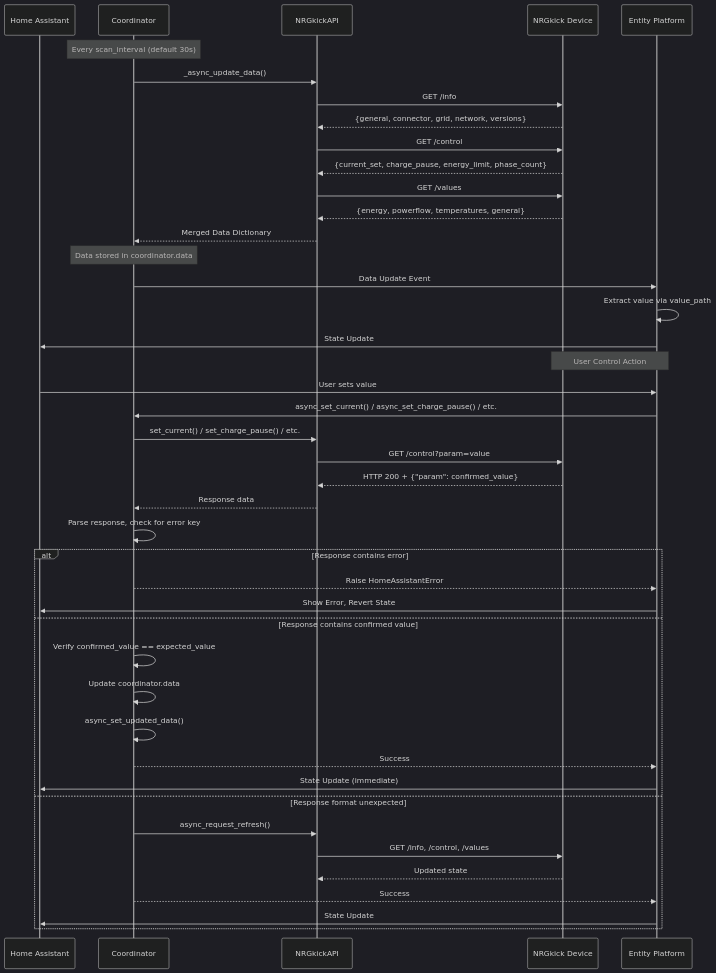
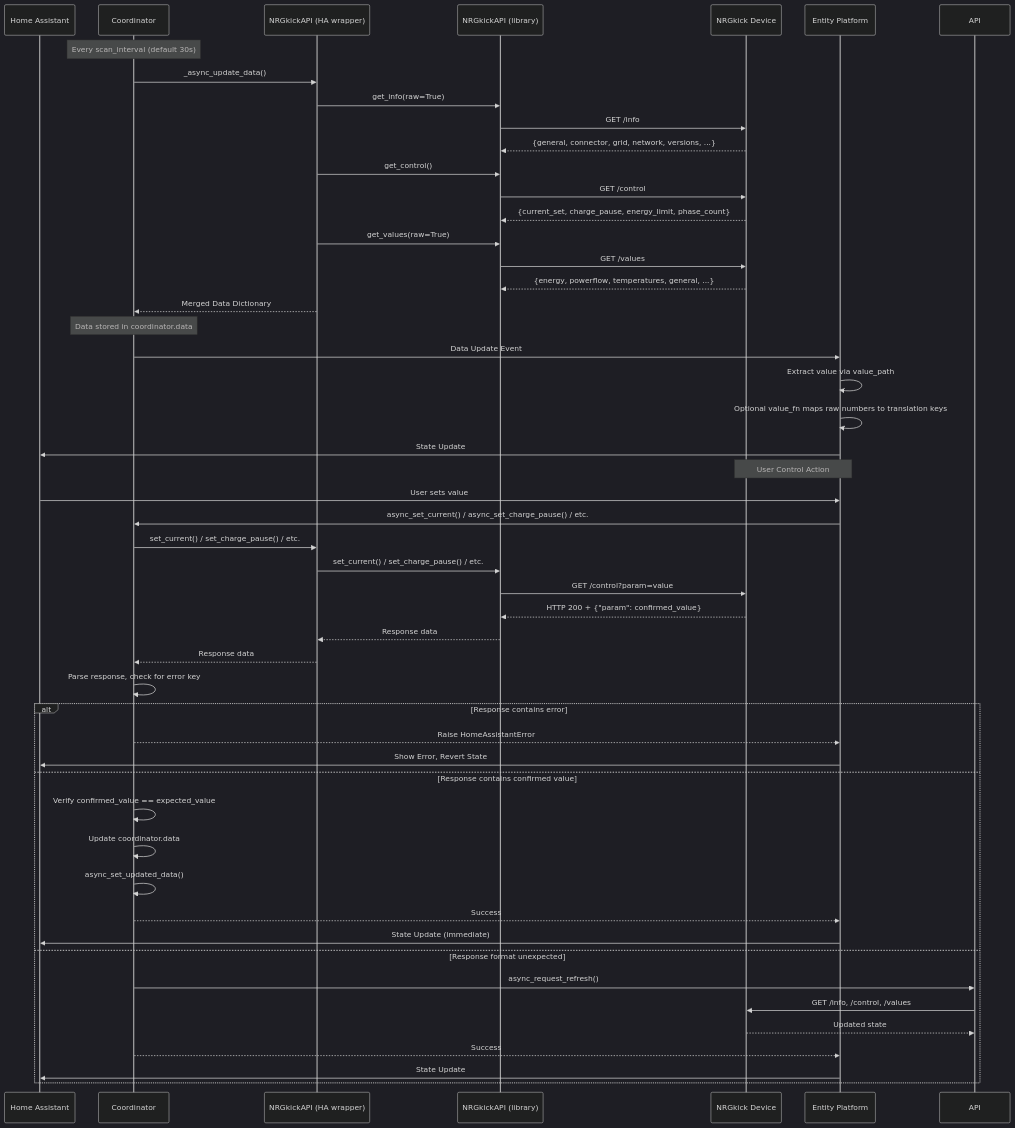
One commit to andijakl/nrgkick-homeassistant changed the second of 7 diagrams in ARCHITECTURE.md. Above: the diagram before and after it, drawn with Mermaid (dark theme). The commit also changed other lines of this file and 4 other files, not shown here.

````diff
--- a/ARCHITECTURE.md
+++ b/ARCHITECTURE.md
@@ -111,51 +110,58 @@
 ```mermaid
 sequenceDiagram
     participant HA as Home Assistant
     participant Coord as Coordinator
-    participant API as NRGkickAPI
+    participant Wrap as NRGkickAPI (HA wrapper)
+    participant Lib as NRGkickAPI (library)
     participant Device as NRGkick Device
     participant Entity as Entity Platform
 
     Note over Coord: Every scan_interval (default 30s)
 
-    Coord->>API: _async_update_data()
-    API->>Device: GET /info
-    Device-->>API: {general, connector, grid, network, versions}
-    API->>Device: GET /control
-    Device-->>API: {current_set, charge_pause, energy_limit, phase_count}
-    API->>Device: GET /values
-    Device-->>API: {energy, powerflow, temperatures, general}
+    Coord->>Wrap: _async_update_data()
+    Wrap->>Lib: get_info(raw=True)
+    Lib->>Device: GET /info
+    Device-->>Lib: {general, connector, grid, network, versions, ...}
+    Wrap->>Lib: get_control()
+    Lib->>Device: GET /control
+    Device-->>Lib: {current_set, charge_pause, energy_limit, phase_count}
+    Wrap->>Lib: get_values(raw=True)
+    Lib->>Device: GET /values
+    Device-->>Lib: {energy, powerflow, temperatures, general, ...}
 
-    API-->>Coord: Merged Data Dictionary
+    Wrap-->>Coord: Merged Data Dictionary
 
     Note over Coord: Data stored in coordinator.data
 
     Coord->>Entity: Data Update Event
     Entity->>Entity: Extract value via value_path
+    Entity->>Entity: Optional value_fn maps raw numbers to translation keys
     Entity->>HA: State Update
 
     Note over Entity,Device: User Control Action
     HA->>Entity: User sets value
     Entity->>Coord: async_set_current() / async_set_charge_pause() / etc.
-    Coord->>API: set_current() / set_charge_pause() / etc.
-    API->>Device: GET /control?param=value
-    Device-->>API: HTTP 200 + {"param": confirmed_value}
-    API-->>Coord: Response data
+    Coord->>Wrap: set_current() / set_charge_pause() / etc.
+    Wrap->>Lib: set_current() / set_charge_pause() / etc.
+    Lib->>Device: GET /control?param=value
+    Device-->>Lib: HTTP 200 + {"param": confirmed_value}
+    Lib-->>Wrap: Response data
+    Wrap-->>Coord: Response data
     Coord->>Coord: Parse response, check for error key
     alt Response contains error
         Coord-->>Entity: Raise HomeAssistantError
         Entity->>HA: Show Error, Revert State
     else Response contains confirmed value
         Coord->>Coord: Verify confirmed_value == expected_value
         Coord->>Coord: Update coordinator.data
         Coord->>Coord: async_set_updated_data()
         Coord-->>Entity: Success
         Entity->>HA: State Update (immediate)
     else Response format unexpected
         Coord->>API: async_request_refresh()
         API->>Device: GET /info, /control, /values
         Device-->>API: Updated state
         Coord-->>Entity: Success
         Entity->>HA: State Update
     end
 ```
````
